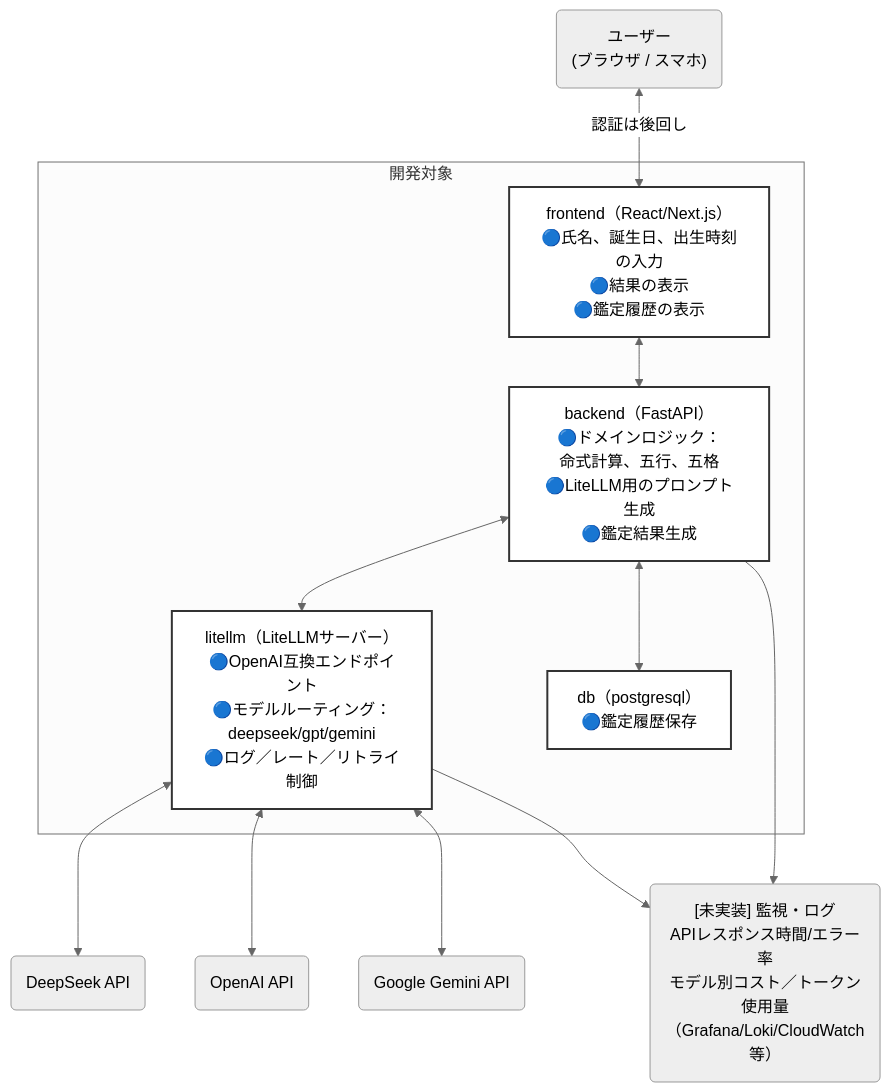
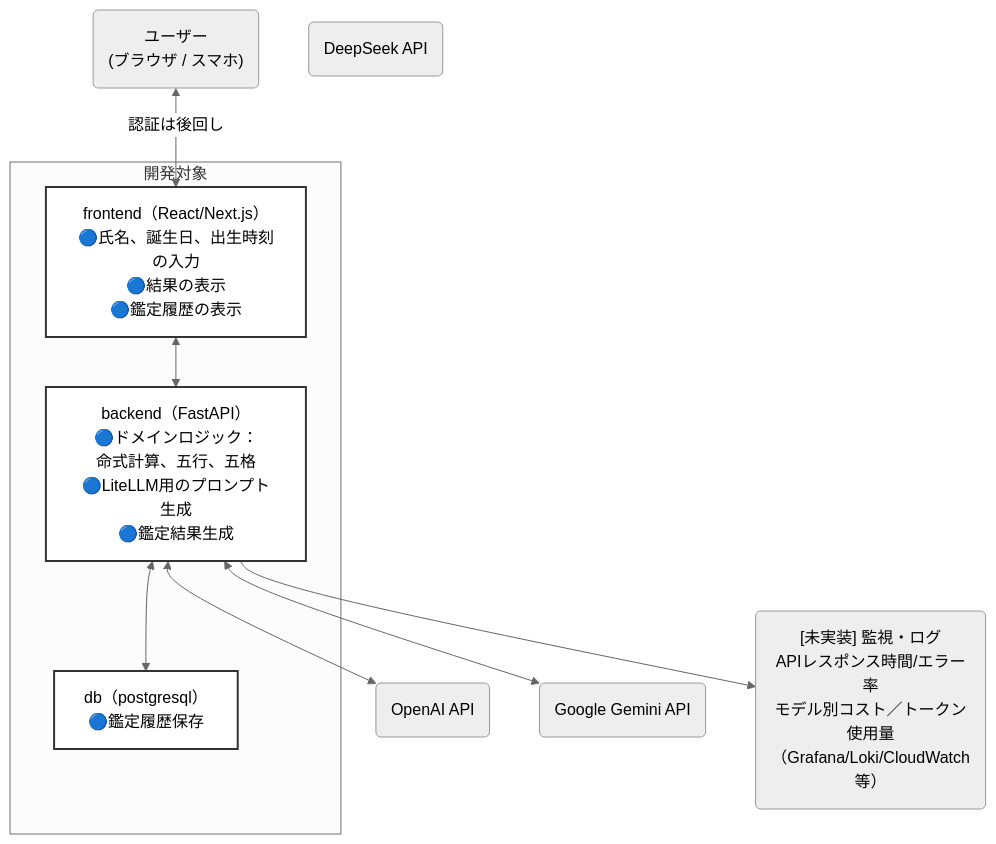
One commit to plaodas/fortunes changed the diagram in README.md. Above: the diagram before and after it, drawn with Mermaid (neutral theme). The commit also changed 5 other files, not shown here.

````diff
--- a/README.md
+++ b/README.md
@@ -22,55 +22,46 @@
 ```mermaid
 flowchart TD
   %% ノード定義
   user("`ユーザー
     (ブラウザ / スマホ)
   `")
   subgraph 開発対象
     frontend["`frontend（React/Next.js）
       🔵氏名、誕生日、出生時刻の入力
       🔵結果の表示
       🔵鑑定履歴の表示
     `"]
     backend["`backend（FastAPI）
       🔵ドメインロジック：
         命式計算、五行、五格
       🔵LiteLLM用のプロンプト生成
       🔵鑑定結果生成
     `"]
     db["`db（postgresql）
       🔵鑑定履歴保存
     `"]
-    litellm["`litellm（LiteLLMサーバー）
-      🔵OpenAI互換エンドポイント
-      🔵モデルルーティング：deepseek/gpt/gemini
-      🔵ログ／レート／リトライ制御
-    `"]
   end
   deepseek("DeepSeek API")
   openai("OpenAI API")
   google("Google Gemini API")
   monitor("`[未実装] 監視・ログ
     APIレスポンス時間/エラー率
     モデル別コスト／トークン使用量
     （Grafana/Loki/CloudWatch等）
   `")
 
   user <-->|認証は後回し| frontend
   frontend <--> backend
-  backend <--> litellm
   backend <--> db
-  litellm <--> deepseek
-  litellm <--> openai
-  litellm <--> google
-
   backend --> monitor
-  litellm --> monitor
+  backend <--> openai
+  backend <--> google
 
   %% 幅を指定するクラス定義（pxで指定）
 
   classDef wideCard stroke:#333,stroke-width:1px
   class * wideCard
   classDef dev fill:#fff,stroke:#333,stroke-width:2px,width:400px;text-align:center
-  class frontend,backend,litellm,db dev
+  class frontend,backend,db dev
 
 ```
````
